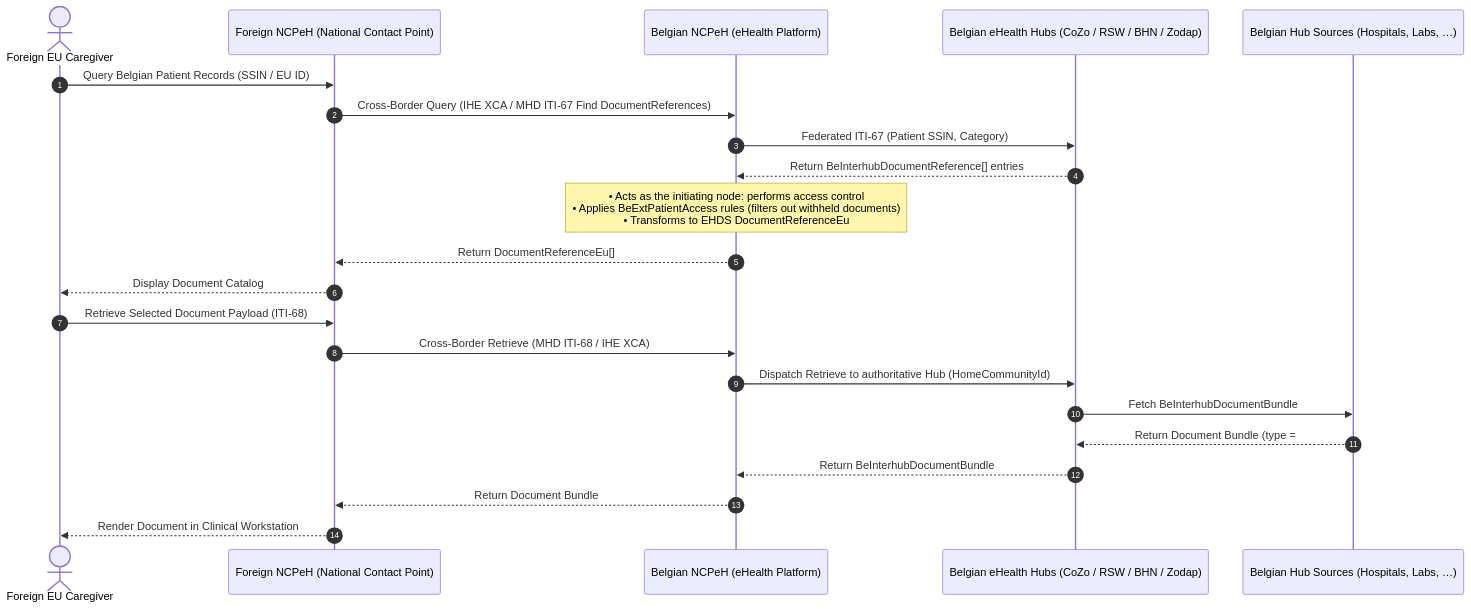
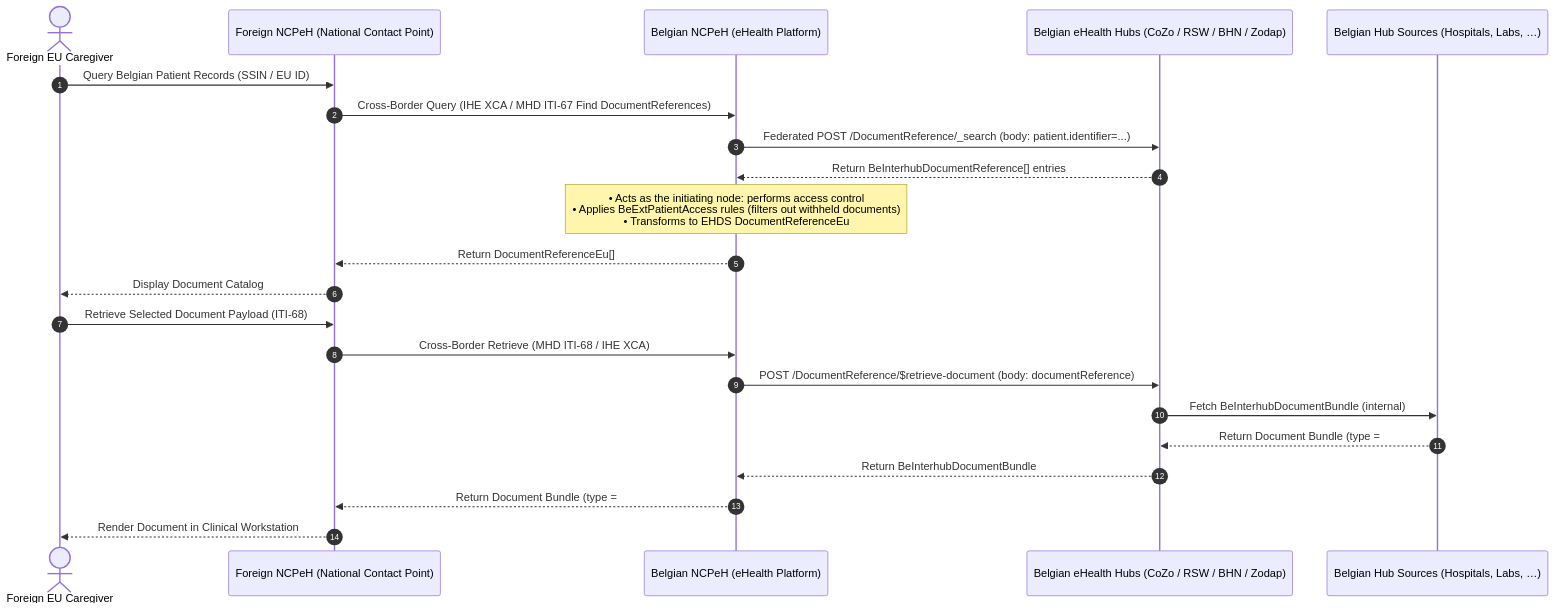
Before and after one commit to Jens-uzl/hubsharing: the second of 2 diagrams in input/pagecontent/ehds-alignment.md, drawn with Mermaid. The commit also changed other lines of this file and 13 other files, not shown here.

Commit message:
Interhub spec FHIR spec, draft 10; replaced all instances of GET / with POST (and adapted it to the fhir transaction method)

````diff
--- a/input/pagecontent/ehds-alignment.md
+++ b/input/pagecontent/ehds-alignment.md
@@ -86,26 +86,26 @@
 ```mermaid
 sequenceDiagram
     autonumber
     actor Caregiver as Foreign EU Caregiver
     participant FNCP as Foreign NCPeH (National Contact Point)
     participant BENCP as Belgian NCPeH (eHealth Platform)
     participant Hubs as Belgian eHealth Hubs (CoZo / RSW / BHN / Zodap)
     participant Sources as Belgian Hub Sources (Hospitals, Labs, …)
 
     Caregiver->>FNCP: Query Belgian Patient Records (SSIN / EU ID)
     FNCP->>BENCP: Cross-Border Query (IHE XCA / MHD ITI-67 Find DocumentReferences)
-    BENCP->>Hubs: Federated ITI-67 (Patient SSIN, Category)
+    BENCP->>Hubs: Federated POST /DocumentReference/_search (body: patient.identifier=...)
     Hubs-->>BENCP: Return BeInterhubDocumentReference[] entries
     Note over BENCP: • Acts as the initiating node: performs access control<br/>• Applies BeExtPatientAccess rules (filters out withheld documents)<br/>• Transforms to EHDS DocumentReferenceEu
     BENCP-->>FNCP: Return DocumentReferenceEu[]
     FNCP-->>Caregiver: Display Document Catalog
     
     Caregiver->>FNCP: Retrieve Selected Document Payload (ITI-68)
     FNCP->>BENCP: Cross-Border Retrieve (MHD ITI-68 / IHE XCA)
-    BENCP->>Hubs: Dispatch Retrieve to authoritative Hub (HomeCommunityId)
-    Hubs->>Sources: Fetch BeInterhubDocumentBundle
+    BENCP->>Hubs: POST /DocumentReference/$retrieve-document (body: documentReference)
+    Hubs->>Sources: Fetch BeInterhubDocumentBundle (internal)
     Sources-->>Hubs: Return Document Bundle (type = #document)
     Hubs-->>BENCP: Return BeInterhubDocumentBundle
-    BENCP-->>FNCP: Return Document Bundle
+    BENCP-->>FNCP: Return Document Bundle (type = #document)
     FNCP-->>Caregiver: Render Document in Clinical Workstation
 ```
````
